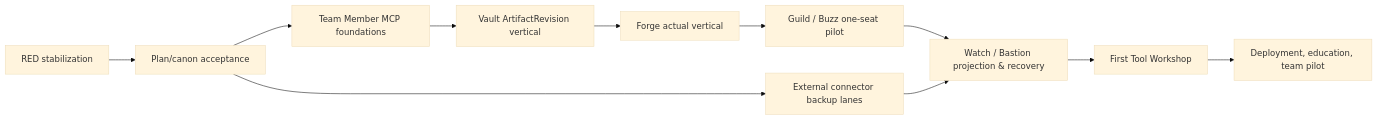
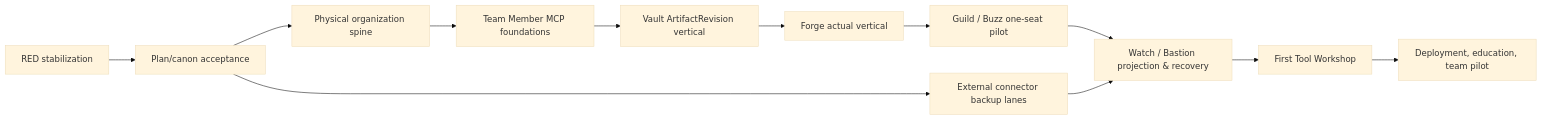
One commit to SungYongMOON/soulforge changed the diagram in docs/architecture/foundation/team_member_engineering_program/14_ROADMAP_GATES_AND_DAG.md. Above: the diagram before and after it, drawn with Mermaid (base theme). The commit also changed other lines of this file and 9 other files, not shown here.

Commit message:
docs(architecture): record whole-estate physical organization spine

````diff
--- a/docs/architecture/foundation/team_member_engineering_program/14_ROADMAP_GATES_AND_DAG.md
+++ b/docs/architecture/foundation/team_member_engineering_program/14_ROADMAP_GATES_AND_DAG.md
@@ -9,13 +9,14 @@
 ```mermaid
 flowchart LR
   R[RED stabilization] --> P[Plan/canon acceptance]
-  P --> M[Team Member MCP foundations]
+  P --> O[Physical organization spine]
+  O --> M[Team Member MCP foundations]
   M --> V[Vault ArtifactRevision vertical]
   V --> F[Forge actual vertical]
   F --> G[Guild / Buzz one-seat pilot]
   G --> W[Watch / Bastion projection & recovery]
   W --> T[First Tool Workshop]
   T --> D[Deployment, education, team pilot]
   P --> X[External connector backup lanes]
   X --> W
 ```
````
